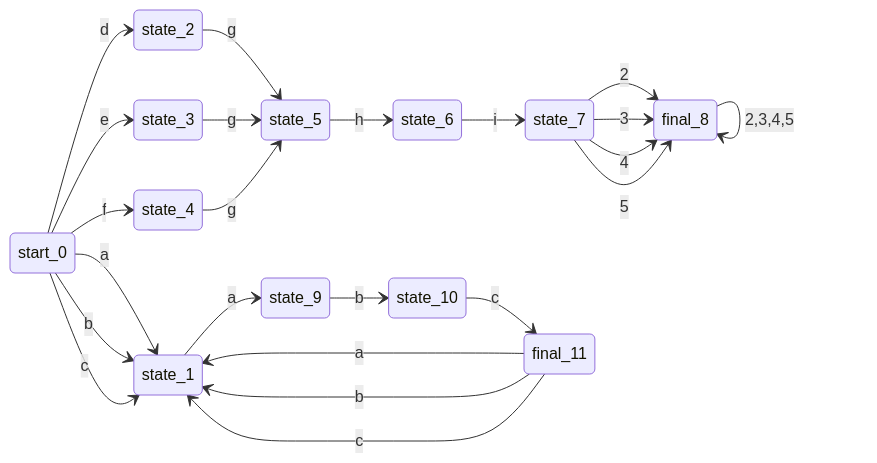
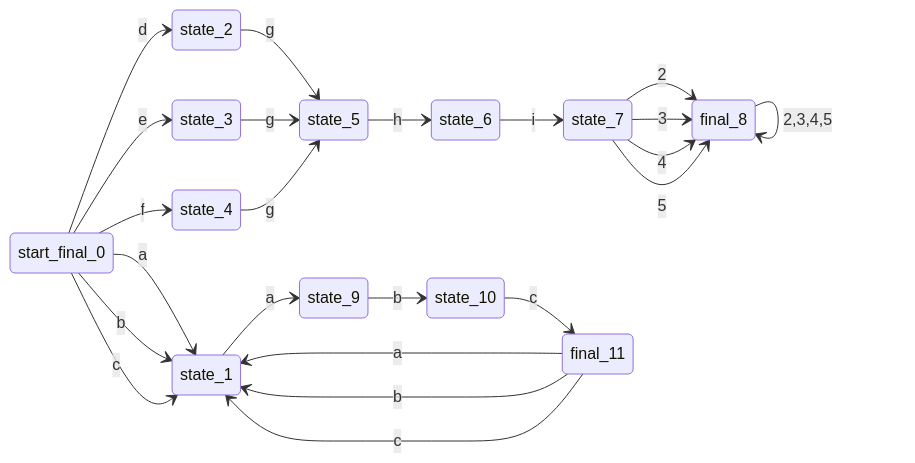
Before and after one commit to ZZH-Finalize/Generic-Laxer: diagram 23 of 24 in regex_visualize.md, drawn with Mermaid. The commit also changed other lines of this file and 1 other file, not shown here.

Commit message:
fix dfa formatter start/final tag

````diff
--- a/regex_visualize.md
+++ b/regex_visualize.md
@@ -321,27 +321,27 @@
 ```mermaid
 stateDiagram-v2
 direction LR
 
-start_0 --> state_1 : a
-start_0 --> state_1 : b
-start_0 --> state_1 : c
-start_0 --> state_2 : d
-start_0 --> state_3 : e
-start_0 --> state_4 : f
+start_final_0 --> state_1 : a
+start_final_0 --> state_1 : b
+start_final_0 --> state_1 : c
+start_final_0 --> state_2 : d
+start_final_0 --> state_3 : e
+start_final_0 --> state_4 : f
 state_1 --> state_9 : a
 state_2 --> state_5 : g
 state_3 --> state_5 : g
 state_4 --> state_5 : g
 state_5 --> state_6 : h
 state_6 --> state_7 : i
 state_7 --> final_8 : 2
 state_7 --> final_8 : 3
 state_7 --> final_8 : 4
 state_7 --> final_8 : 5
 state_9 --> state_10 : b
 state_10 --> final_11 : c
 final_11 --> state_1 : a
 final_11 --> state_1 : b
 final_11 --> state_1 : c
 final_8 --> final_8 : 2,3,4,5
 ```
````
